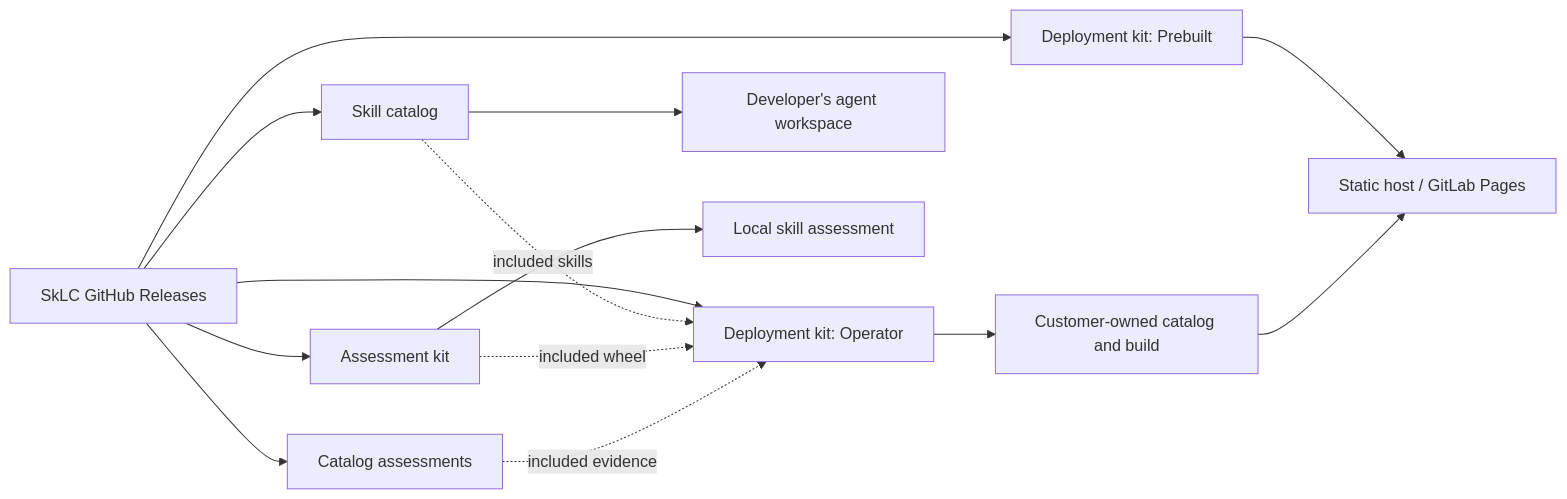
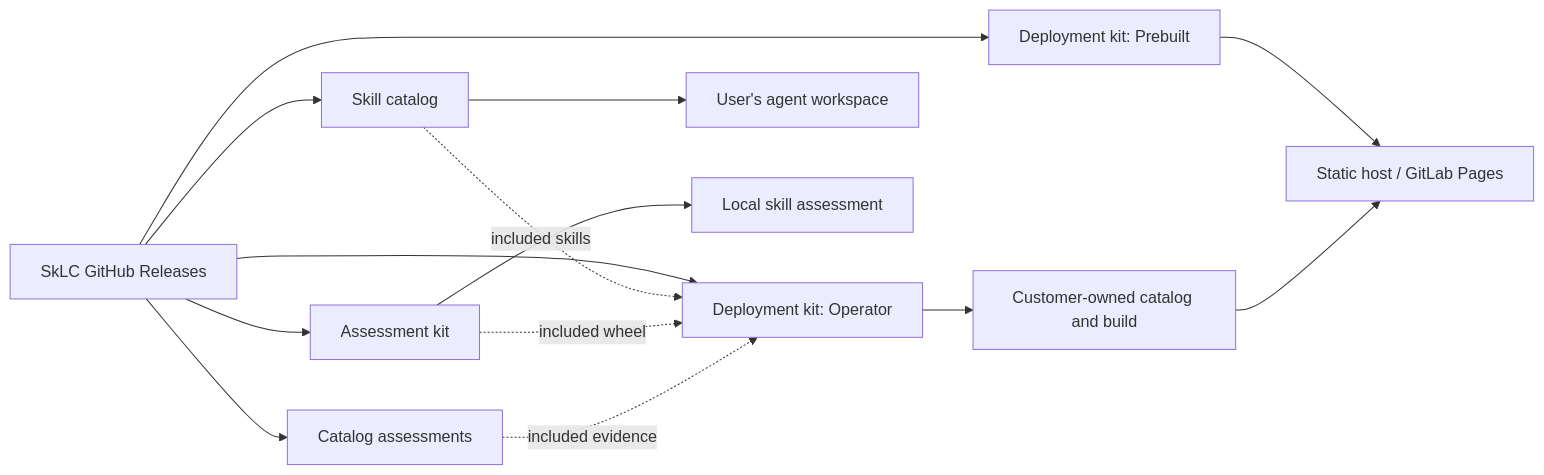
One commit to Code-dot-mil/SkLC changed the first of 2 diagrams in docs/architecture.md. Above: the diagram before and after it, drawn with Mermaid. The commit also changed other lines of this file and 17 other files, not shown here.

````diff
--- a/docs/architecture.md
+++ b/docs/architecture.md
@@ -18,17 +18,17 @@
 ```mermaid
 flowchart LR
   releases["SkLC GitHub Releases"]
   releases --> catalog["Skill catalog"]
   releases --> assessment["Assessment kit"]
   releases --> prebuilt["Deployment kit: Prebuilt"]
   releases --> operator["Deployment kit: Operator"]
   releases --> evidence["Catalog assessments"]
-  catalog --> workspace["Developer's agent workspace"]
+  catalog --> workspace["User's agent workspace"]
   assessment --> local["Local skill assessment"]
   prebuilt --> host["Static host / GitLab Pages"]
   operator --> instance["Customer-owned catalog and build"]
   instance --> host
   catalog -. "included skills" .-> operator
   assessment -. "included wheel" .-> operator
   evidence -. "included evidence" .-> operator
 ```
````
